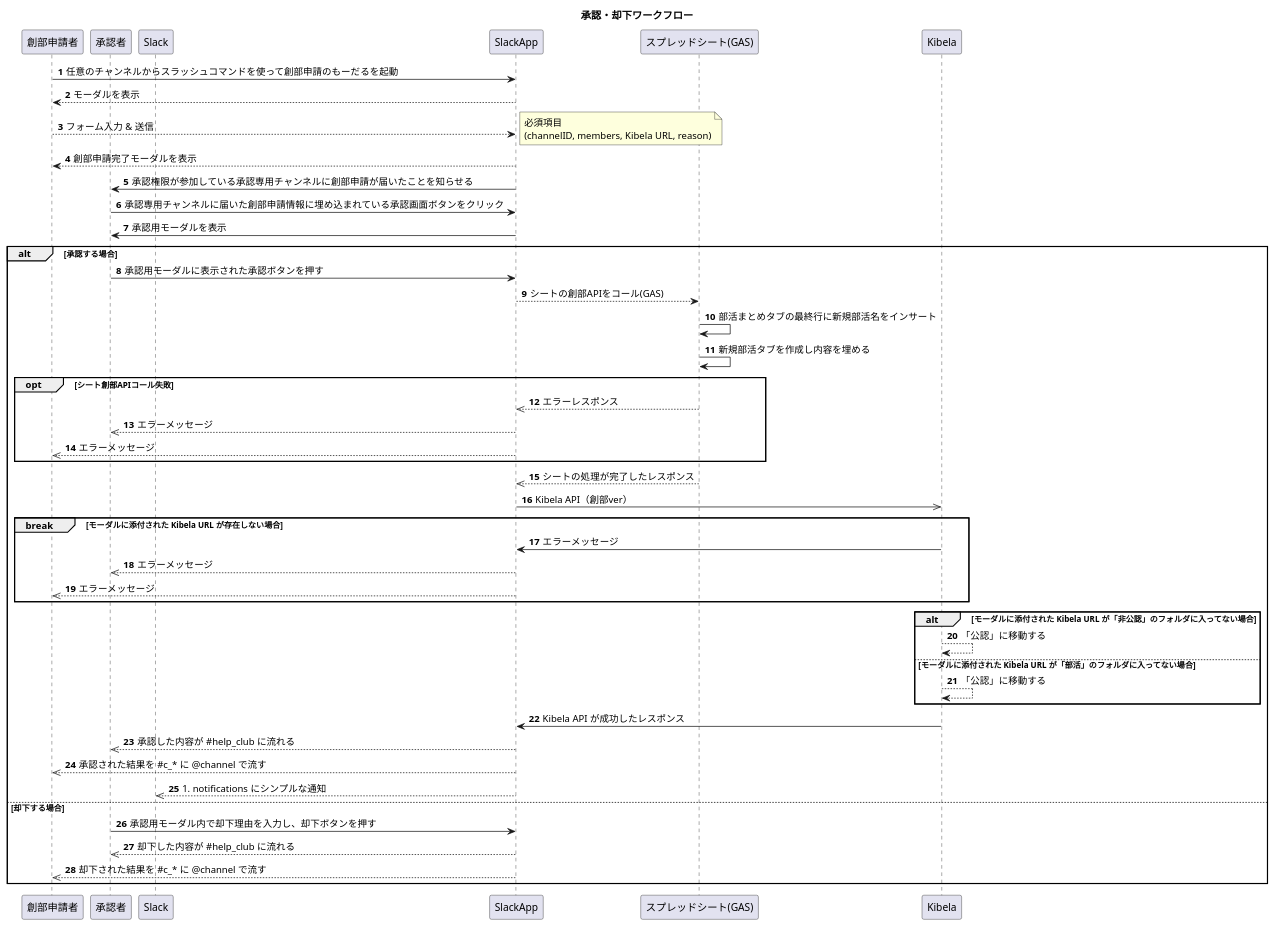
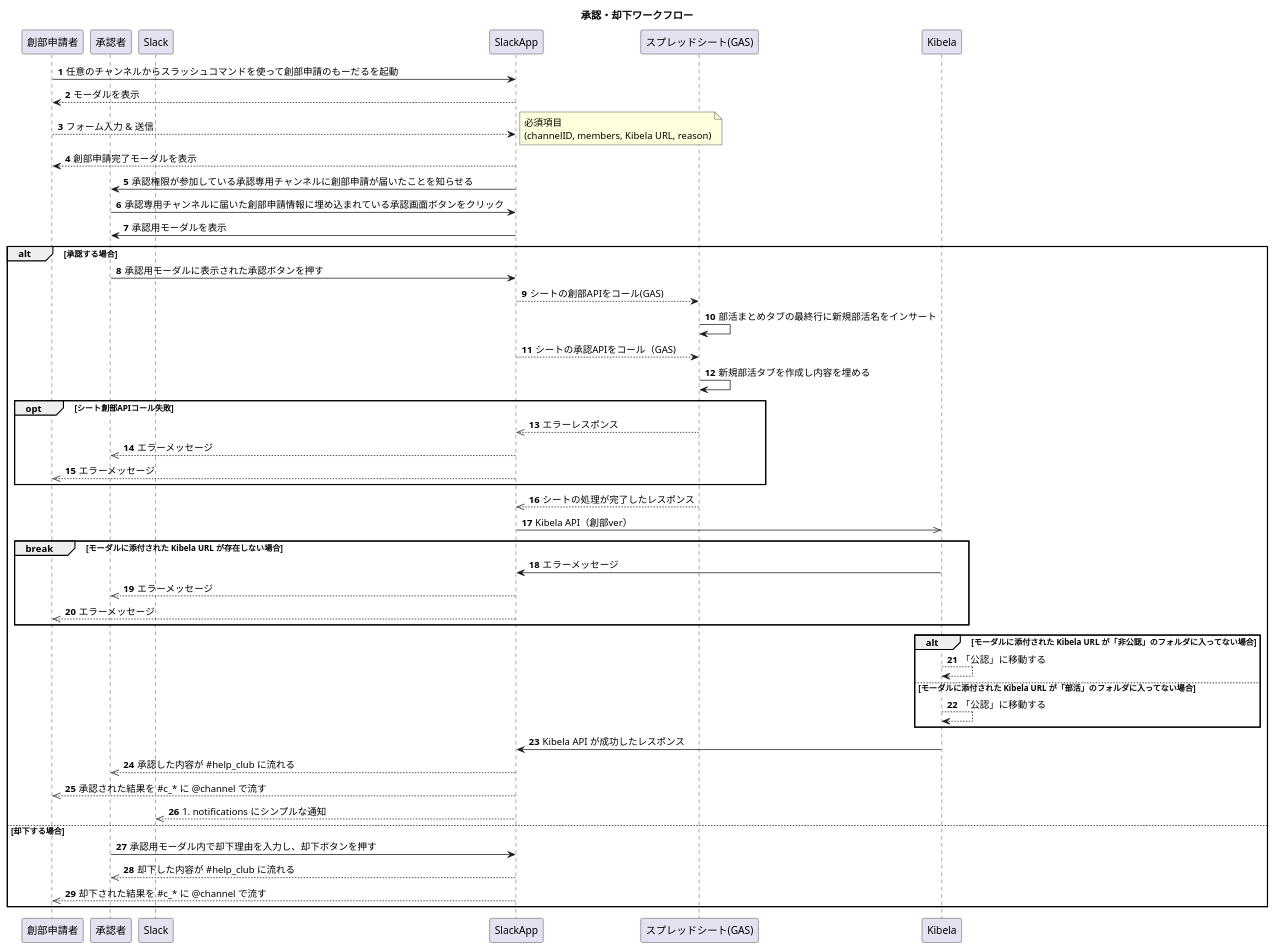
Before and after one commit to tam-bourine/club-entry-manager: the diagram in docs/sequence-diagram/CreateClub.pu, drawn with PlantUML.

Commit message:
docs: in sequence, add api call

```diff
--- a/docs/sequence-diagram/CreateClub.pu
+++ b/docs/sequence-diagram/CreateClub.pu
@@ -1,60 +1,61 @@
 @startuml
 
 title 承認・却下ワークフロー
 
 autonumber
 participant 創部申請者 as captain
 participant 承認者 as auth
 participant Slack as slack
 participant SlackApp as slackapp
 participant "スプレッドシート(GAS)" as sheet
 participant Kibela as kibela
 
 captain -> slackapp: 任意のチャンネルからスラッシュコマンドを使って創部申請のもーだるを起動
 slackapp --> captain: モーダルを表示
 captain --> slackapp: フォーム入力 & 送信
 note right: 必須項目\n(channelID, members, Kibela URL, reason)
 slackapp --> captain: 創部申請完了モーダルを表示
 slackapp -> auth: 承認権限が参加している承認専用チャンネルに創部申請が届いたことを知らせる
 auth -> slackapp: 承認専用チャンネルに届いた創部申請情報に埋め込まれている承認画面ボタンをクリック
 slackapp -> auth: 承認用モーダルを表示
 
 alt 承認する場合
     auth -> slackapp: 承認用モーダルに表示された承認ボタンを押す
     slackapp --> sheet: シートの創部APIをコール(GAS)
     sheet -> sheet: 部活まとめタブの最終行に新規部活名をインサート
+    slackapp --> sheet: シートの承認APIをコール（GAS)
     sheet -> sheet: 新規部活タブを作成し内容を埋める
 
     opt シート創部APIコール失敗
         sheet -->> slackapp: エラーレスポンス
         slackapp -->> auth: エラーメッセージ
         slackapp -->> captain: エラーメッセージ
     end
 
     sheet -->> slackapp: シートの処理が完了したレスポンス
     slackapp ->> kibela: Kibela API（創部ver）
 
     break モーダルに添付された Kibela URL が存在しない場合
         kibela -> slackapp: エラーメッセージ
         slackapp -->> auth: エラーメッセージ
         slackapp -->> captain: エラーメッセージ
     end
 
     alt モーダルに添付された Kibela URL が「非公認」のフォルダに入ってない場合
         kibela --> kibela: 「公認」に移動する
     else モーダルに添付された Kibela URL が「部活」のフォルダに入ってない場合
         kibela --> kibela: 「公認」に移動する
     end
 
     kibela -> slackapp: Kibela API が成功したレスポンス
     slackapp -->> auth: 承認した内容が #help_club に流れる
     slackapp -->> captain: 承認された結果を #c_* に @channel で流す
     slackapp -->> slack: #notifications にシンプルな通知
 
 else 却下する場合
     auth -> slackapp: 承認用モーダル内で却下理由を入力し、却下ボタンを押す
     slackapp -->> auth: 却下した内容が #help_club に流れる
     slackapp -->> captain: 却下された結果を #c_* に @channel で流す
 end
 
 @enduml
```
